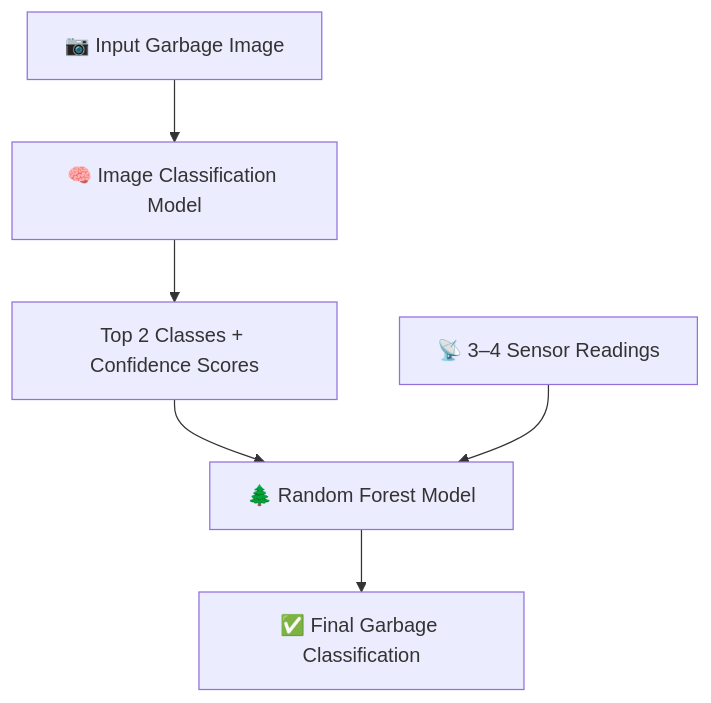
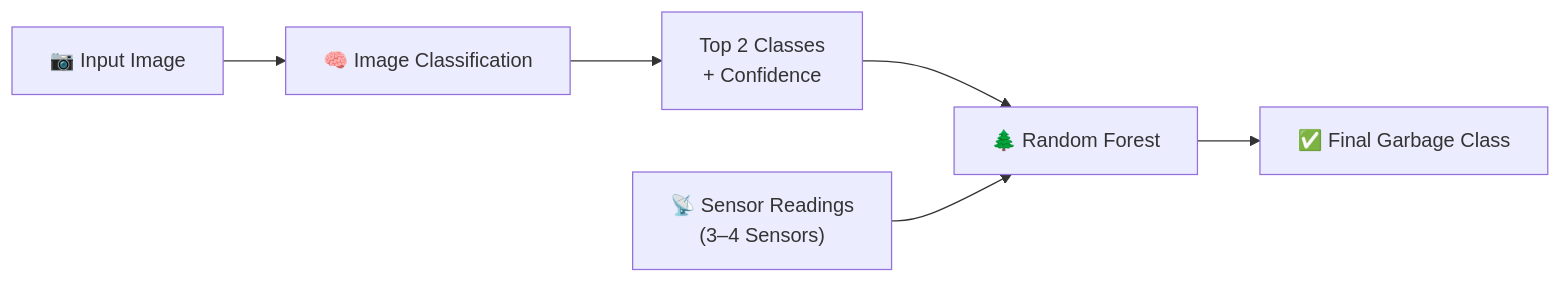
One commit to RellikSai/Smart_Waste_Segregation_DP changed the first of 2 diagrams in Model Training Codes/README.md. Above: the diagram before and after it, drawn with Mermaid. The commit also changed other lines of this file, not shown here.

Commit message:
Revise workflow diagrams in README.md
Updated workflow diagrams to improve clarity and formatting.

````diff
--- a/Model Training Codes/README.md
+++ b/Model Training Codes/README.md
@@ -30,8 +30,8 @@
 ```mermaid
-flowchart TD
-    A["📷 Input Garbage Image"] --> B["🧠 Image Classification Model"]
-    B --> C["Top 2 Classes + Confidence Scores"]
-    C --> E["🌲 Random Forest Model"]
-    D["📡 3–4 Sensor Readings"] --> E
-    E --> F["✅ Final Garbage Classification"]
+flowchart LR
+    A["📷 Input Image"] --> B["🧠 Image Classification"]
+    B --> C["Top 2 Classes<br/>+ Confidence"]
+    C --> E["🌲 Random Forest"]
+    D["📡 Sensor Readings<br/>(3–4 Sensors)"] --> E
+    E --> F["✅ Final Garbage Class"]
 ```
````
